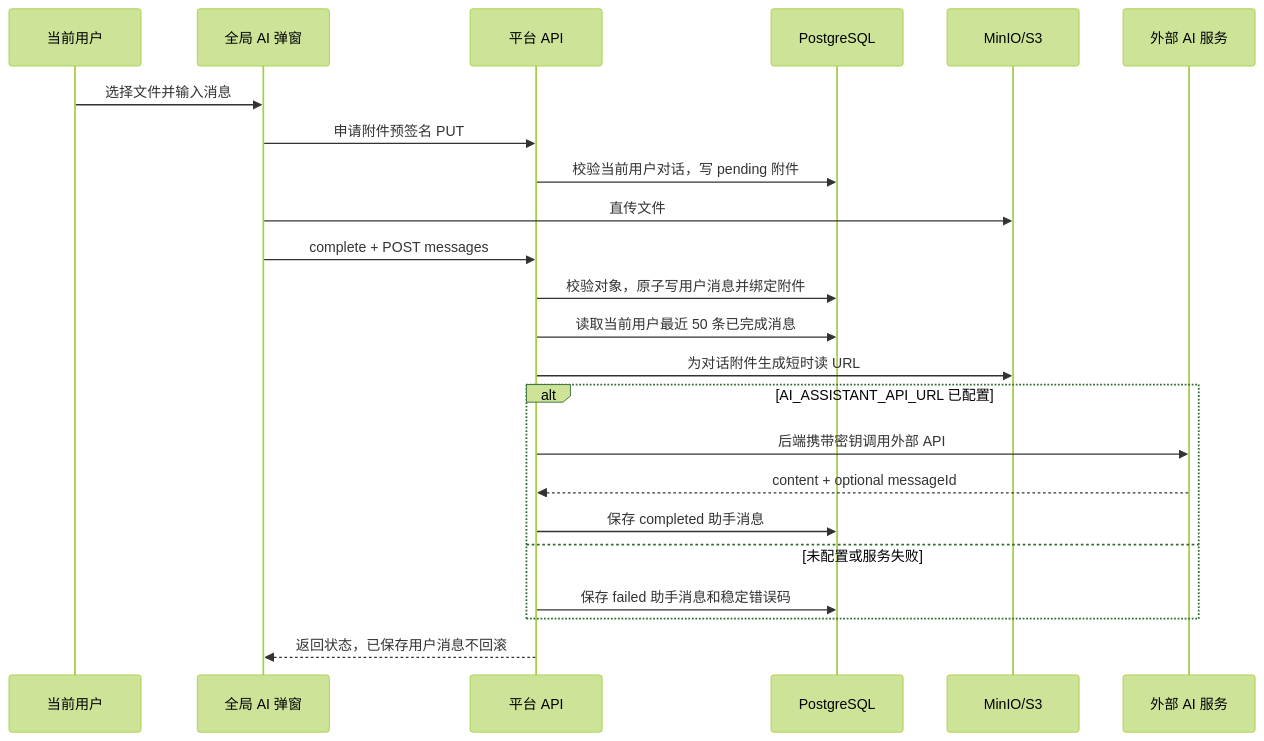
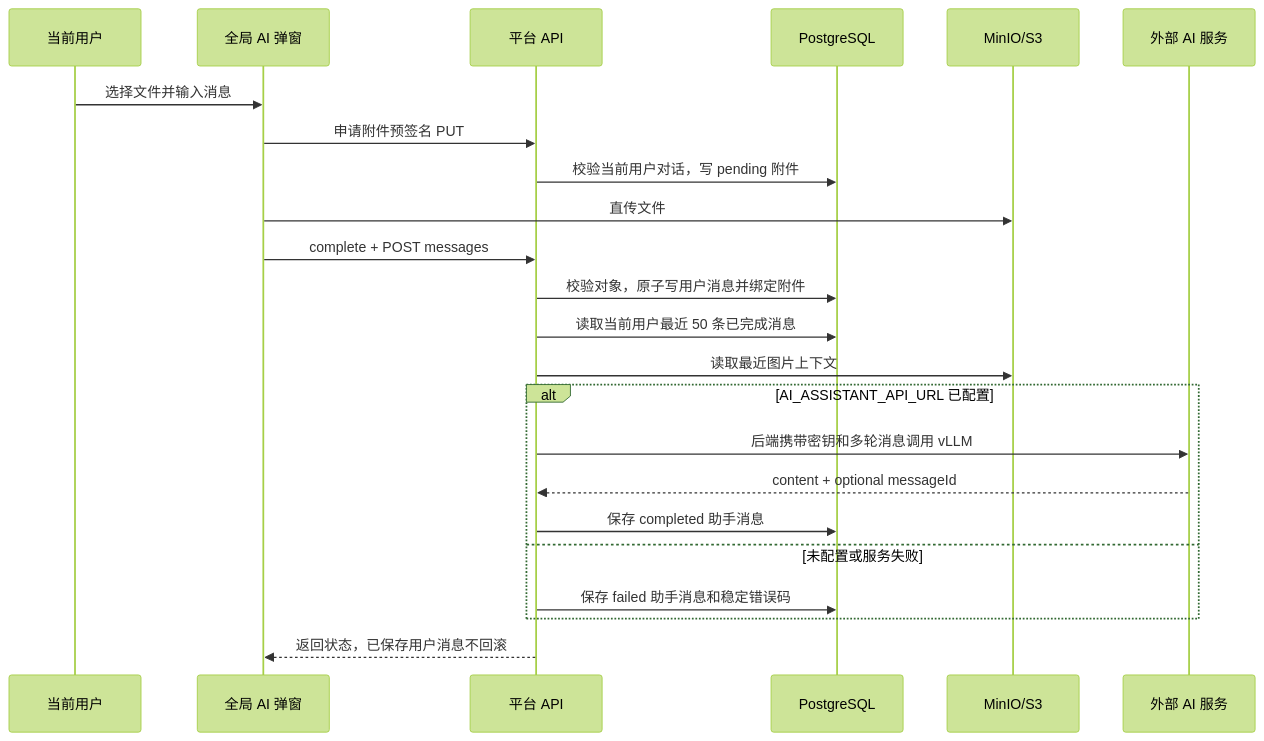
Before and after one commit to hywchina/vue-vben-admin: diagram 11 of 13 in docs/rail-platform/ARCHITECTURE.md, drawn with Mermaid (forest theme). The commit also changed other lines of this file and 122 other files, not shown here.

````diff
--- a/docs/rail-platform/ARCHITECTURE.md
+++ b/docs/rail-platform/ARCHITECTURE.md
@@ -449,26 +480,26 @@
 ```mermaid
 sequenceDiagram
   participant U as 当前用户
   participant W as 全局 AI 弹窗
   participant A as 平台 API
   participant D as PostgreSQL
   participant S as MinIO/S3
   participant X as 外部 AI 服务
 
   U->>W: 选择文件并输入消息
   W->>A: 申请附件预签名 PUT
   A->>D: 校验当前用户对话，写 pending 附件
   W->>S: 直传文件
   W->>A: complete + POST messages
   A->>D: 校验对象，原子写用户消息并绑定附件
   A->>D: 读取当前用户最近 50 条已完成消息
-  A->>S: 为对话附件生成短时读 URL
+  A->>S: 读取最近图片上下文
   alt AI_ASSISTANT_API_URL 已配置
-    A->>X: 后端携带密钥调用外部 API
+    A->>X: 后端携带密钥和多轮消息调用 vLLM
     X-->>A: content + optional messageId
     A->>D: 保存 completed 助手消息
   else 未配置或服务失败
     A->>D: 保存 failed 助手消息和稳定错误码
   end
   A-->>W: 返回状态，已保存用户消息不回滚
 ```
````
